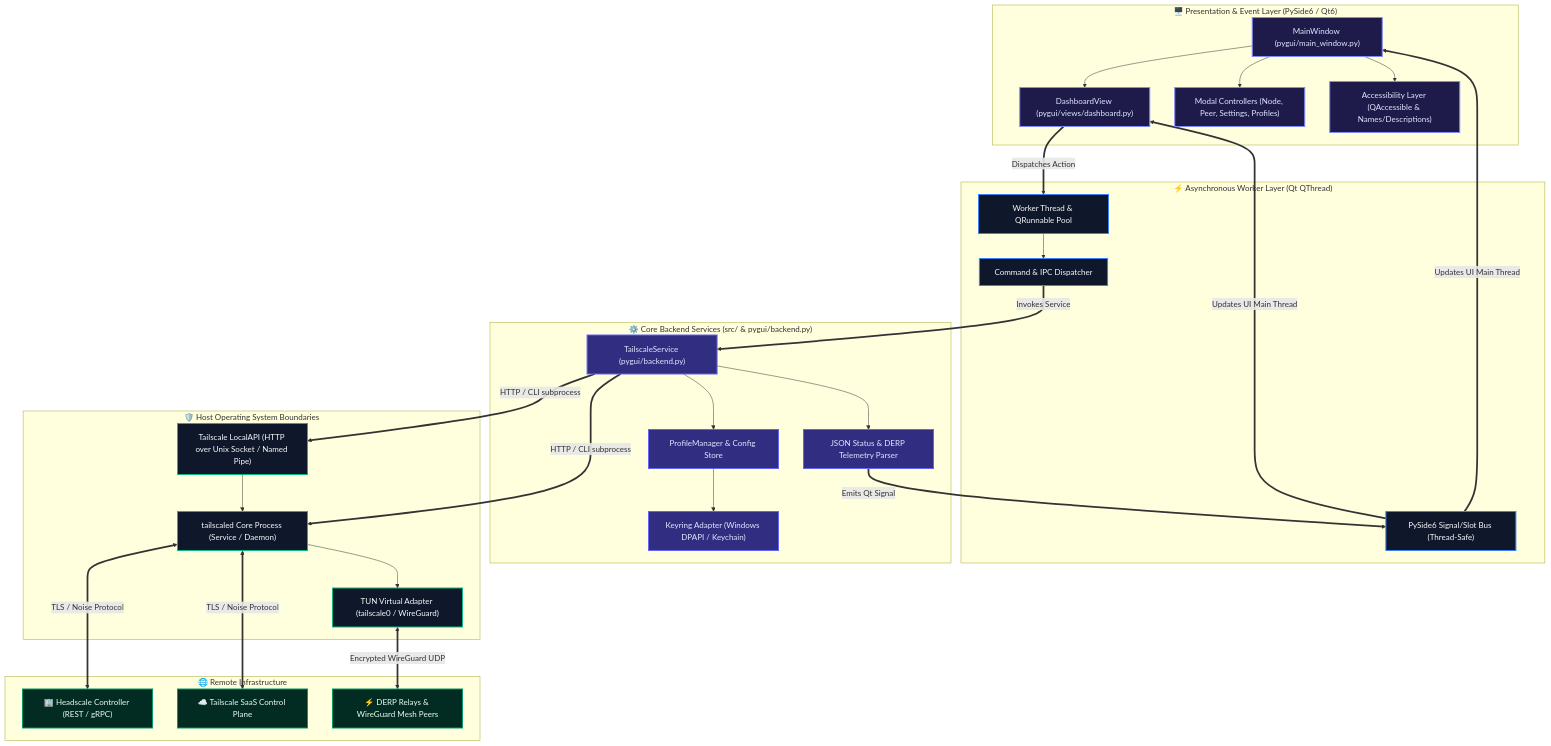
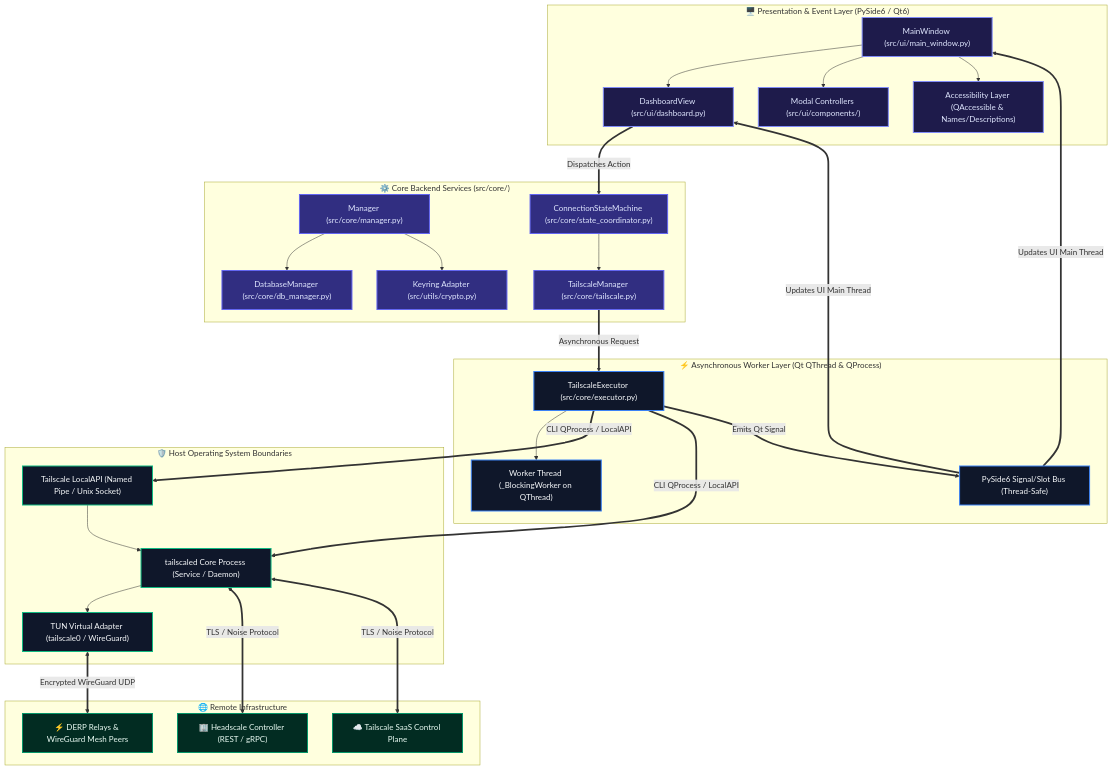
One commit to Arean82/Tailscale-Headscale-Client changed the first of 4 diagrams in Docs/ARCHITECTURE_MASTER.md. Above: the diagram before and after it, drawn with Mermaid. The commit also changed other lines of this file and 13 other files, not shown here.

First line of the commit message:
feat(arch): complete architectural deepening candidates 1-6

````diff
--- a/Docs/ARCHITECTURE_MASTER.md
+++ b/Docs/ARCHITECTURE_MASTER.md
@@ -38,56 +38,56 @@
 ```mermaid
 flowchart TD
     classDef ui fill:#1e1b4b,stroke:#818cf8,stroke-width:2px,color:#e0e7ff;
     classDef worker fill:#0f172a,stroke:#3b82f6,stroke-width:2px,color:#f8fafc;
     classDef os fill:#312e81,stroke:#6366f1,stroke-width:2px,color:#e0e7ff;
     classDef daemon fill:#0f172a,stroke:#10b981,stroke-width:2px,color:#f8fafc;
     classDef external fill:#022c22,stroke:#059669,stroke-width:2px,color:#ecfdf5;
 
     subgraph UI_Presentation_Layer ["🖥️ Presentation & Event Layer (PySide6 / Qt6)"]
-        WIN["MainWindow (pygui/main_window.py)"]:::ui
-        DASH["DashboardView (pygui/views/dashboard.py)"]:::ui
-        DIALOGS["Modal Controllers (Node, Peer, Settings, Profiles)"]:::ui
+        WIN["MainWindow (src/ui/main_window.py)"]:::ui
+        DASH["DashboardView (src/ui/dashboard.py)"]:::ui
+        DIALOGS["Modal Controllers (src/ui/components/)"]:::ui
         A11Y["Accessibility Layer (QAccessible & Names/Descriptions)"]:::ui
     end
 
-    subgraph Bridge_Thread_Pool ["⚡ Asynchronous Worker Layer (Qt QThread)"]
-        WORKER["Worker Thread & QRunnable Pool"]:::worker
-        TASK["Command & IPC Dispatcher"]:::worker
+    subgraph Bridge_Thread_Pool ["⚡ Asynchronous Worker Layer (Qt QThread & QProcess)"]
+        EXECUTOR["TailscaleExecutor (src/core/executor.py)"]:::worker
+        WORKER["Worker Thread (_BlockingWorker on QThread)"]:::worker
         SIGNAL["PySide6 Signal/Slot Bus (Thread-Safe)"]:::worker
     end
 
-    subgraph Core_Backend_Engine ["⚙️ Core Backend Services (src/ & pygui/backend.py)"]
-        SVC["TailscaleService (pygui/backend.py)"]:::os
-        PROFMGR["ProfileManager & Config Store"]:::os
-        KEYSTORE["Keyring Adapter (Windows DPAPI / Keychain)"]:::os
-        PARSER["JSON Status & DERP Telemetry Parser"]:::os
+    subgraph Core_Backend_Engine ["⚙️ Core Backend Services (src/core/)"]
+        MGR["Manager (src/core/manager.py)"]:::os
+        TSMGR["TailscaleManager (src/core/tailscale.py)"]:::os
+        SM["ConnectionStateMachine (src/core/state_coordinator.py)"]:::os
+        DB["DatabaseManager (src/core/db_manager.py)"]:::os
+        KEYSTORE["Keyring Adapter (src/utils/crypto.py)"]:::os
     end
 
     subgraph Operating_System_Layer ["🛡️ Host Operating System Boundaries"]
-        LOCALAPI["Tailscale LocalAPI (HTTP over Unix Socket / Named Pipe)"]:::daemon
+        LOCALAPI["Tailscale LocalAPI (Named Pipe / Unix Socket)"]:::daemon
         DAEMON["tailscaled Core Process (Service / Daemon)"]:::daemon
         NETDEV["TUN Virtual Adapter (tailscale0 / WireGuard)"]:::daemon
     end
 
     subgraph Remote_Mesh ["🌐 Remote Infrastructure"]
         HEADSCALE["🏢 Headscale Controller (REST / gRPC)"]:::external
         TAIL_SAAS["☁️ Tailscale SaaS Control Plane"]:::external
         DERP["⚡ DERP Relays & WireGuard Mesh Peers"]:::external
     end
 
     WIN --> DASH & DIALOGS & A11Y
-    DASH ==>|Dispatches Action| WORKER
-    WORKER --> TASK
-    TASK ==>|Invokes Service| SVC
-    SVC --> PROFMGR
-    PROFMGR --> KEYSTORE
-    SVC ==>|HTTP / CLI subprocess| LOCALAPI & DAEMON
+    DASH ==>|Dispatches Action| SM
+    SM --> TSMGR
+    TSMGR ==>|Asynchronous Request| EXECUTOR
+    EXECUTOR --> WORKER
+    MGR --> DB & KEYSTORE
+    EXECUTOR ==>|CLI QProcess / LocalAPI| LOCALAPI & DAEMON
     LOCALAPI --> DAEMON
     DAEMON --> NETDEV
-    SVC --> PARSER
-    PARSER ==>|Emits Qt Signal| SIGNAL
+    EXECUTOR ==>|Emits Qt Signal| SIGNAL
     SIGNAL ==>|Updates UI Main Thread| DASH & WIN
 
     DAEMON <==>|TLS / Noise Protocol| HEADSCALE & TAIL_SAAS
     NETDEV <==>|Encrypted WireGuard UDP| DERP
 ```
````
